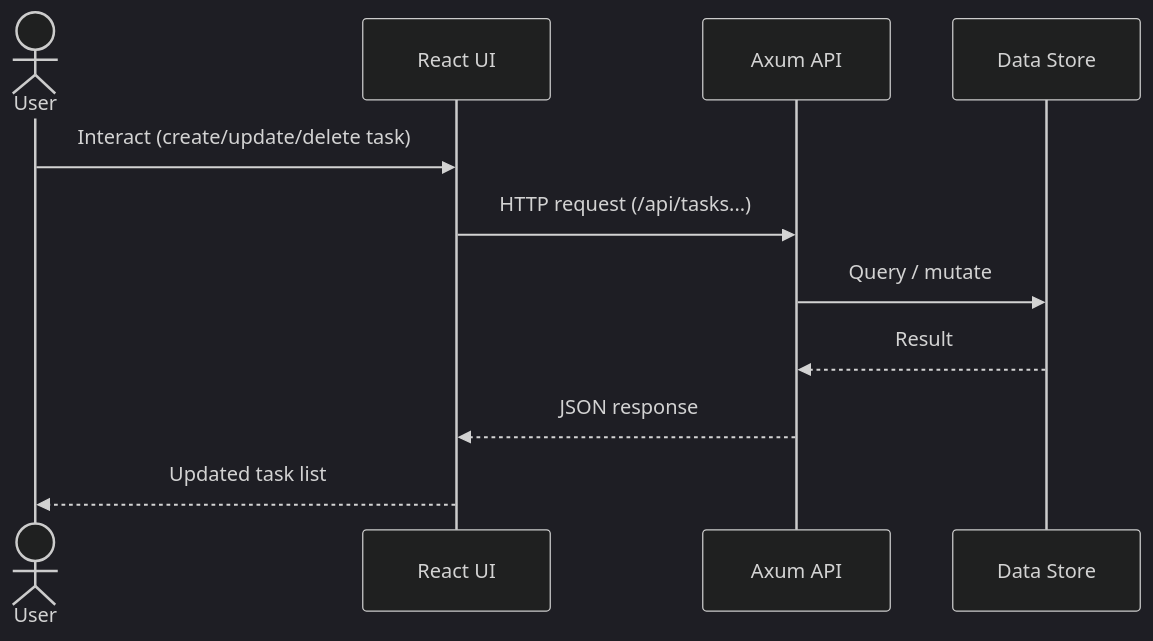
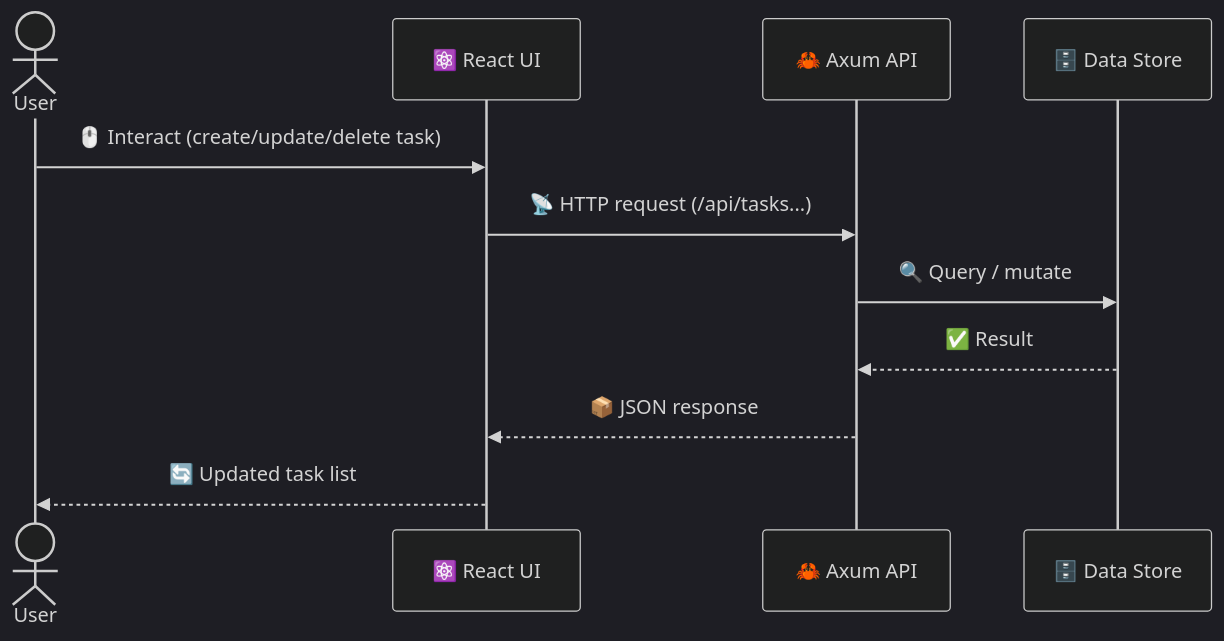
One commit to leachj/test changed the second of 2 diagrams in README.md. Above: the diagram before and after it, drawn with Mermaid (dark theme). The commit also changed other lines of this file, not shown here.

Commit message:
docs: add more emojis to diagram labels

````diff
--- a/README.md
+++ b/README.md
@@ -36,14 +36,14 @@
 ```mermaid
 sequenceDiagram
     actor User
-    participant UI as React UI
-    participant API as Axum API
-    participant DB as Data Store
+    participant UI as ⚛️ React UI
+    participant API as 🦀 Axum API
+    participant DB as 🗄️ Data Store
 
-    User->>UI: Interact (create/update/delete task)
-    UI->>API: HTTP request (/api/tasks...)
-    API->>DB: Query / mutate
-    DB-->>API: Result
-    API-->>UI: JSON response
-    UI-->>User: Updated task list
+    User->>UI: 🖱️ Interact (create/update/delete task)
+    UI->>API: 📡 HTTP request (/api/tasks...)
+    API->>DB: 🔍 Query / mutate
+    DB-->>API: ✅ Result
+    API-->>UI: 📦 JSON response
+    UI-->>User: 🔄 Updated task list
 ```
````
